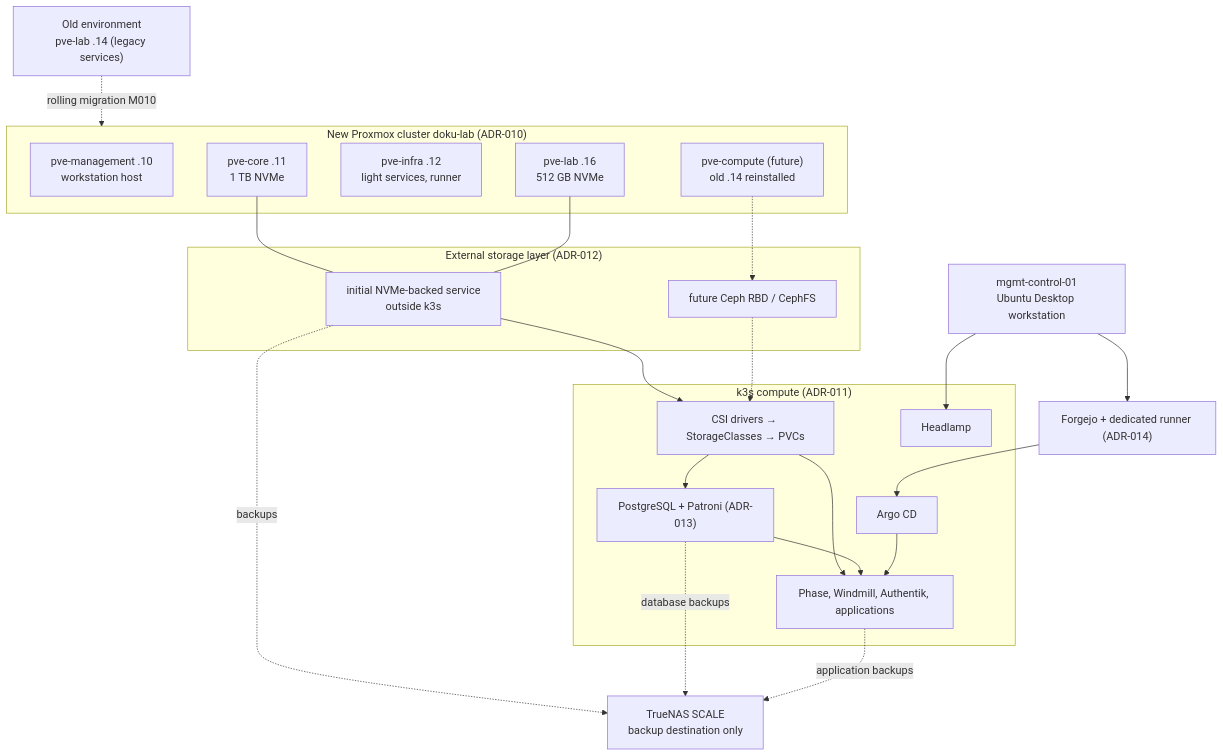
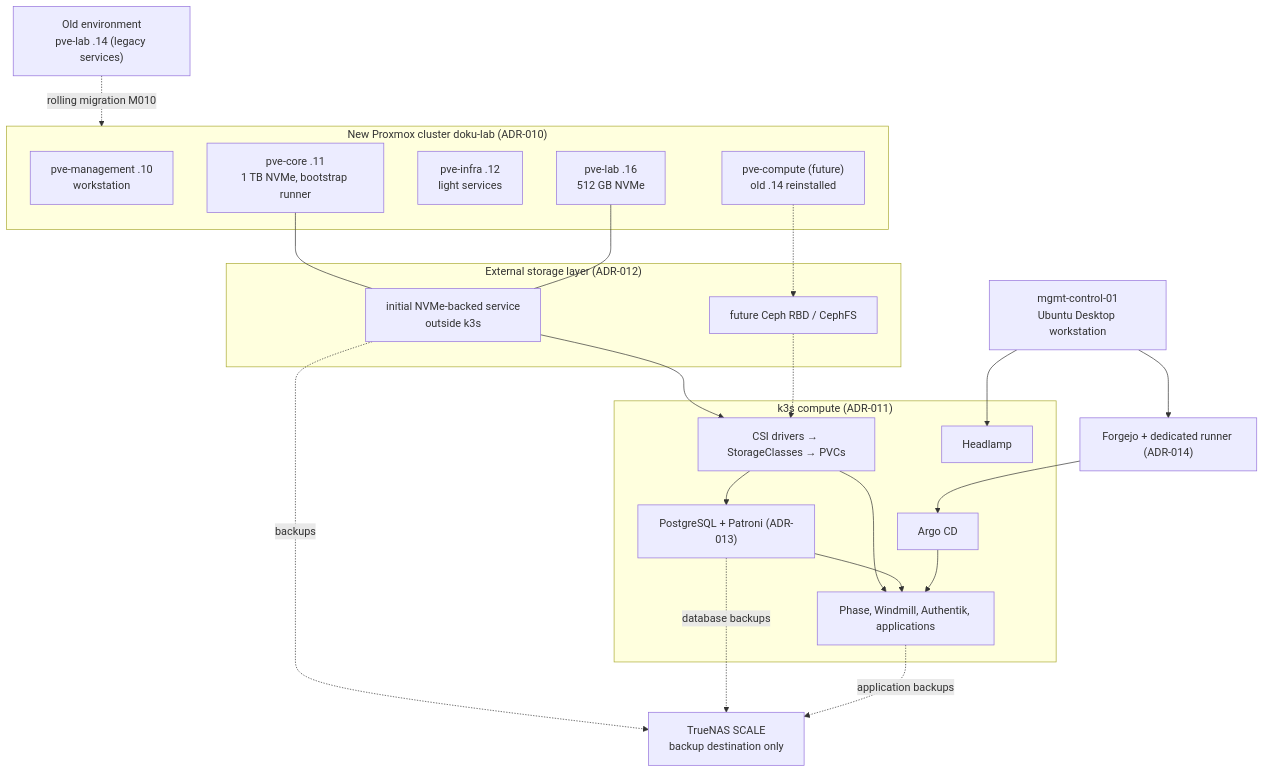
The diagram in docs/architecture/platform.md (doku-code/homelab-iac), drawn with Mermaid before and after one commit. The commit also changed other lines of this file and 32 other files, not shown here.

First line of the commit message:
feat(runner): bootstrap deployment runner VM on pve-core

````diff
--- a/docs/architecture/platform.md
+++ b/docs/architecture/platform.md
@@ -37,41 +37,41 @@
 ```mermaid
 flowchart TB
   subgraph phys["New Proxmox cluster doku-lab (ADR-010)"]
-    pm["pve-management .10<br/>workstation host"]
-    pc["pve-core .11<br/>1 TB NVMe"]
-    pi["pve-infra .12<br/>light services, runner"]
+    pm["pve-management .10<br/>workstation"]
+    pc["pve-core .11<br/>1 TB NVMe, bootstrap runner"]
+    pi["pve-infra .12<br/>light services"]
     pl["pve-lab .16<br/>512 GB NVMe"]
     px["pve-compute (future)<br/>old .14 reinstalled"]
   end
   old["Old environment<br/>pve-lab .14 (legacy services)"]
   subgraph store["External storage layer (ADR-012)"]
     s1["initial NVMe-backed service<br/>outside k3s"]
     ceph["future Ceph RBD / CephFS"]
   end
   subgraph k8s["k3s compute (ADR-011)"]
     csi["CSI drivers → StorageClasses → PVCs"]
     pg["PostgreSQL + Patroni (ADR-013)"]
     apps["Phase, Windmill, Authentik, applications"]
     argo["Argo CD"]
     hl["Headlamp"]
   end
   ws["mgmt-control-01<br/>Ubuntu Desktop workstation"]
   fj["Forgejo + dedicated runner (ADR-014)"]
   nas["TrueNAS SCALE<br/>backup destination only"]
   pc --- s1
   pl --- s1
   old -. rolling migration M010 .-> phys
   px -.-> ceph
   s1 --> csi
   ceph -.-> csi
   csi --> pg
   csi --> apps
   pg --> apps
   fj --> argo
   argo --> apps
   ws --> fj
   ws --> hl
   s1 -. backups .-> nas
   pg -. database backups .-> nas
   apps -. application backups .-> nas
 ```
````
